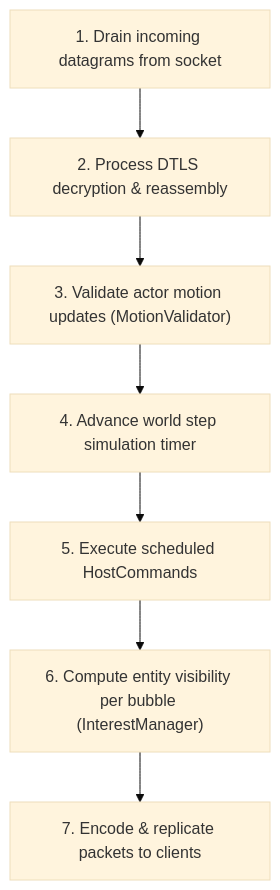
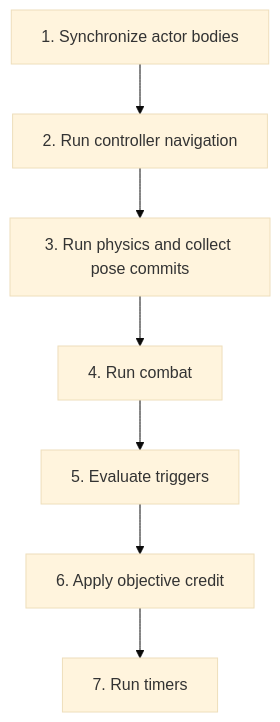
One commit to stanuwu/Sunrise changed the third of 3 diagrams in docs/server-architecture.md. Above: the diagram before and after it, drawn with Mermaid (base theme). The commit also changed other lines of this file and 7 other files, not shown here.

````diff
--- a/docs/server-architecture.md
+++ b/docs/server-architecture.md
@@ -88,9 +90,9 @@
 ```mermaid
 flowchart TD
-    A["1. Drain incoming datagrams from socket"] --> B["2. Process DTLS decryption & reassembly"]
-    B --> C["3. Validate actor motion updates (MotionValidator)"]
-    C --> D["4. Advance world step simulation timer"]
-    D --> E["5. Execute scheduled HostCommands"]
-    E --> F["6. Compute entity visibility per bubble (InterestManager)"]
-    F --> G["7. Encode & replicate packets to clients"]
+    A["1. Synchronize actor bodies"] --> B["2. Run controller navigation"]
+    B --> C["3. Run physics and collect pose commits"]
+    C --> D["4. Run combat"]
+    D --> E["5. Evaluate triggers"]
+    E --> F["6. Apply objective credit"]
+    F --> G["7. Run timers"]
 ```
````
